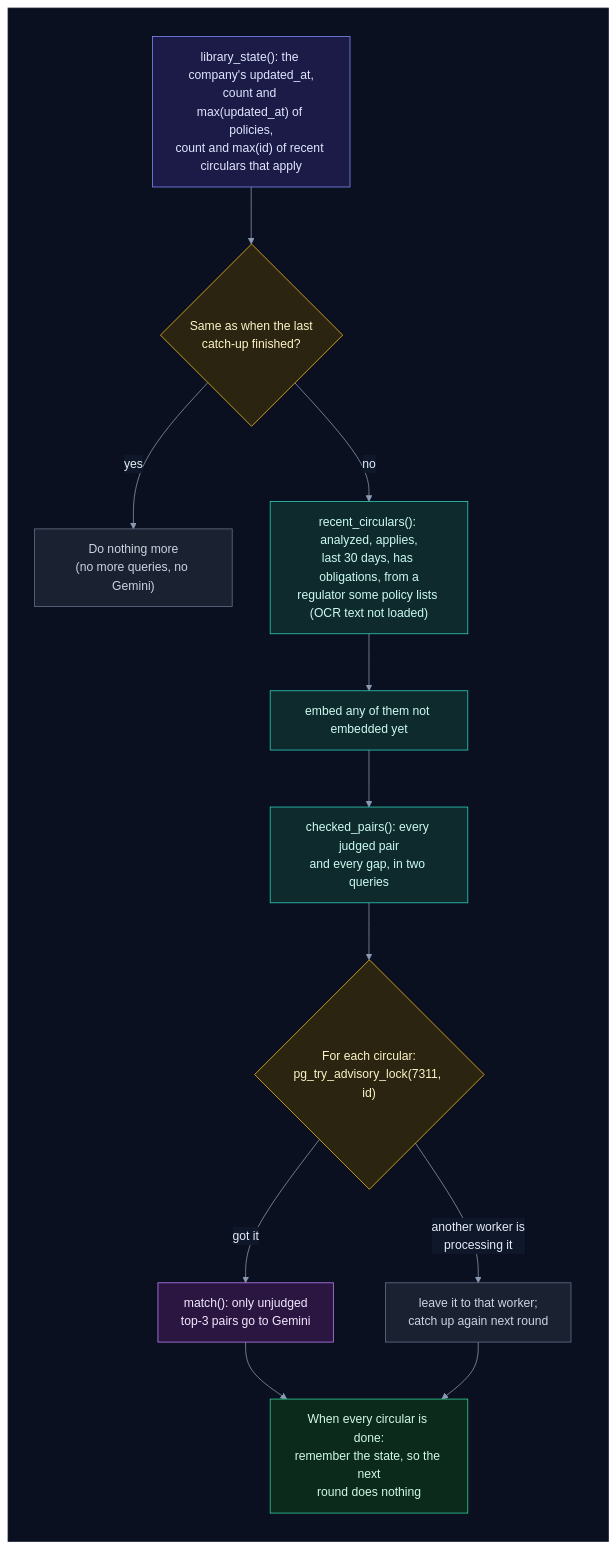
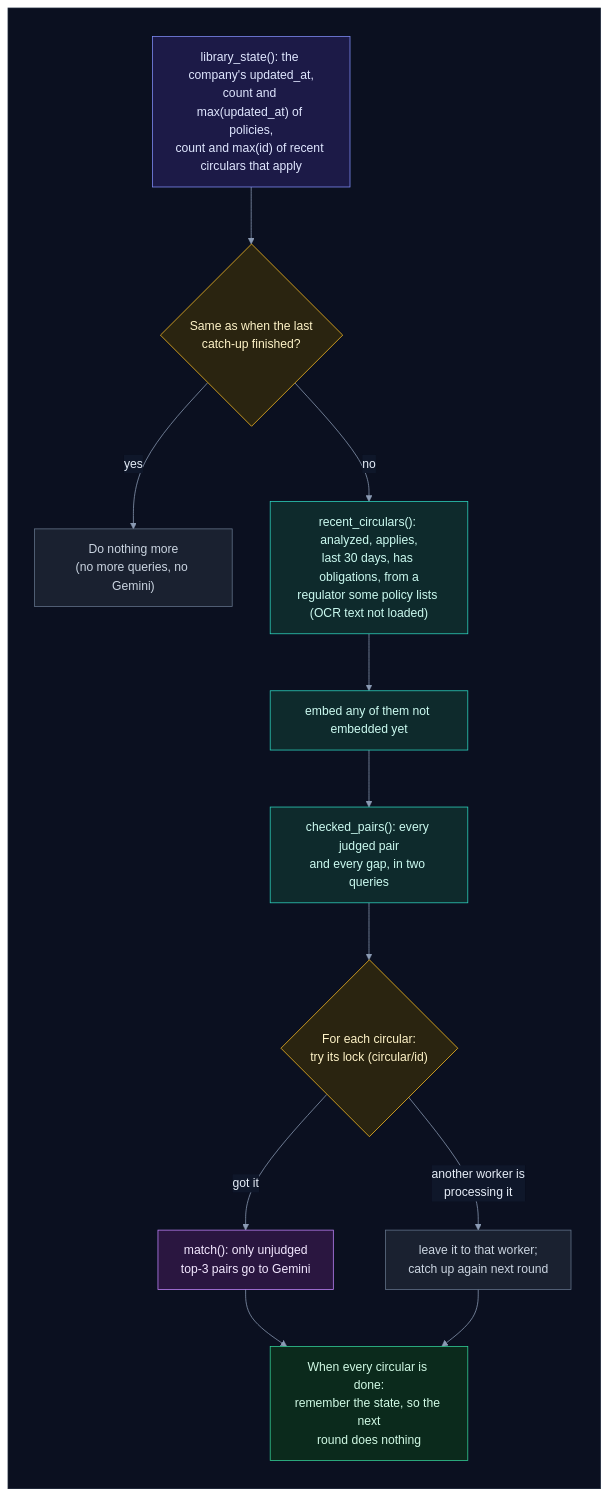
Diagram 17 of 20 in how_the_worker_works.md (selvakumarperumal/Regulatory_Circular_Impact_Agent), drawn with Mermaid before and after one commit. The commit also changed other lines of this file and 4 other files, not shown here.

Commit message:
Scope advisory locks by schema

````diff
--- a/how_the_worker_works.md
+++ b/how_the_worker_works.md
@@ -802,33 +811,33 @@
 ```mermaid
 %%{init: {"theme": "base", "flowchart": {"diagramPadding": 0}, "themeVariables": {"darkMode": true, "primaryColor": "#16213a", "primaryTextColor": "#e6edf7", "primaryBorderColor": "#475a7a", "lineColor": "#8b9bb4", "secondaryColor": "#1b2436", "tertiaryColor": "#101a2e", "edgeLabelBackground": "#0f172a", "textColor": "#e2e8f0", "clusterBkg": "#0f1728", "clusterBorder": "#2b3a55", "titleColor": "#c4b5fd", "nodeTextColor": "#e6edf7"}}}%%
 flowchart TD
     subgraph canvas[" "]
         direction TB
         state["library_state(): the company's updated_at,<br/>count and max(updated_at) of policies,<br/>count and max(id) of recent circulars that apply"] --> same{"Same as when the last<br/>catch-up finished?"}
         same -->|"yes"| nothing["Do nothing more<br/>(no more queries, no Gemini)"]
         same -->|"no"| recent["recent_circulars(): analyzed, applies,<br/>last 30 days, has obligations, from a<br/>regulator some policy lists (OCR text not loaded)"]
         recent --> emb["embed any of them not embedded yet"]
         emb --> pairs["checked_pairs(): every judged pair<br/>and every gap, in two queries"]
-        pairs --> each{"For each circular:<br/>pg_try_advisory_lock(7311, id)"}
+        pairs --> each{"For each circular:<br/>try its lock (circular/id)"}
         each -->|"another worker is<br/>processing it"| later["leave it to that worker;<br/>catch up again next round"]
         each -->|"got it"| m["match(): only unjudged<br/>top-3 pairs go to Gemini"]
         m --> fin["When every circular is done:<br/>remember the state, so the next<br/>round does nothing"]
         later --> fin
     end
     classDef svc fill:#0e2a2c,stroke:#2dd4bf,color:#ccfbf1
     classDef data fill:#1c1a47,stroke:#818cf8,color:#e0e7ff
     classDef ext fill:#2a1640,stroke:#c084fc,color:#f3e8ff
     classDef gpu fill:#2d1b0c,stroke:#fb923c,color:#ffedd5
     classDef ask fill:#2a2410,stroke:#fbbf24,color:#fef3c7
     classDef ok fill:#0b2a1c,stroke:#34d399,color:#d1fae5
     classDef bad fill:#2e0f17,stroke:#fb7185,color:#ffe4e6
     classDef start fill:#1c2a0e,stroke:#a7ef6f,color:#ecfccb
     classDef muted fill:#1a2130,stroke:#64748b,color:#cbd5e1
     class state data
     class same,each ask
     class nothing,later muted
     class recent,emb,pairs svc
     class m ext
     class fin ok
     style canvas fill:#0b1020,stroke:#1e293b,color:#0b1020
 ```
````
